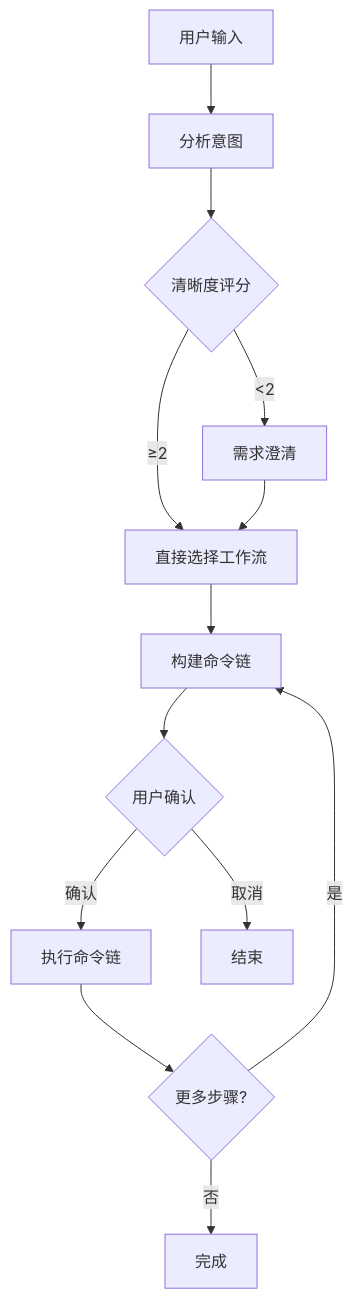
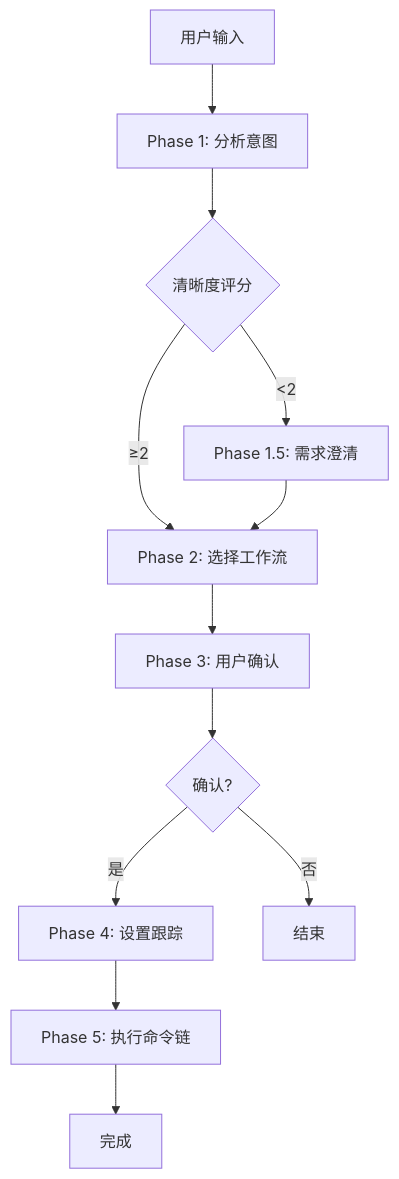
The first of 2 diagrams in docs/zh/commands/claude/core-orchestration.md (74587/Claude-Code-Workflow), drawn with Mermaid before and after one commit. The commit also changed other lines of this file and 58 other files, not shown here.

````diff
--- a/docs/zh/commands/claude/core-orchestration.md
+++ b/docs/zh/commands/claude/core-orchestration.md
@@ -30,15 +49,14 @@
 ```mermaid
 graph TD
-    A[用户输入] --> B[分析意图]
+    A[用户输入] --> B[Phase 1: 分析意图]
     B --> C{清晰度评分}
-    C -->|≥2| D[直接选择工作流]
-    C -->|<2| E[需求澄清]
+    C -->|≥2| D[Phase 2: 选择工作流]
+    C -->|<2| E[Phase 1.5: 需求澄清]
     E --> D
-    D --> F[构建命令链]
-    F --> G{用户确认}
-    G -->|确认| H[执行命令链]
-    G -->|取消| I[结束]
-    H --> J{更多步骤?}
-    J -->|是| F
-    J -->|否| K[完成]
+    D --> F[Phase 3: 用户确认]
+    F --> G{确认?}
+    G -->|是| H[Phase 4: 设置跟踪]
+    G -->|否| I[结束]
+    H --> J[Phase 5: 执行命令链]
+    J --> K[完成]
 ```
````
